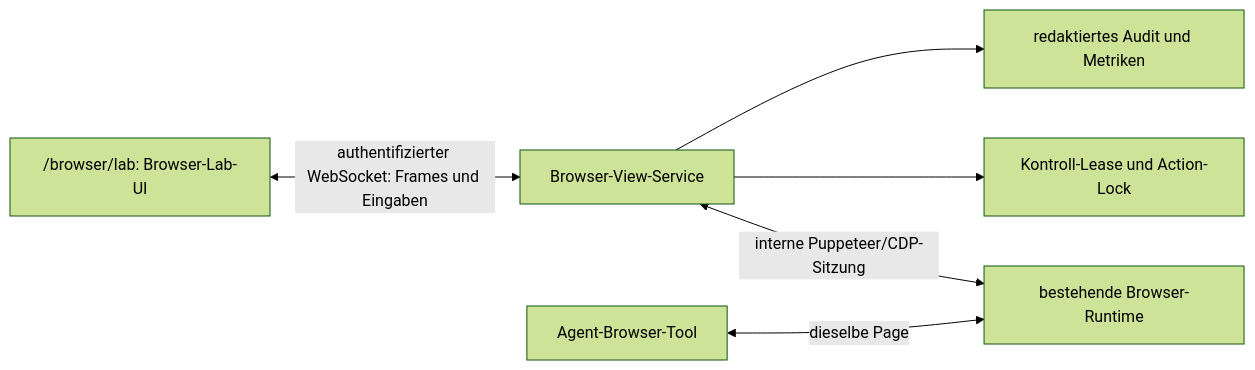
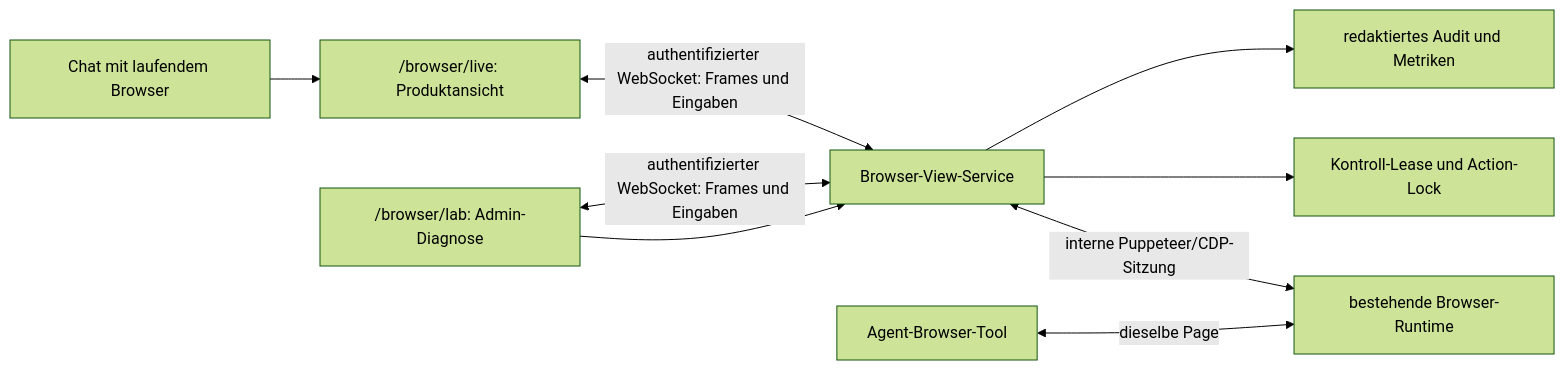
One commit to canvascoding/canvas-notebook changed the diagram in docs/browser-lab-and-live-browser-plan.md. Above: the diagram before and after it, drawn with Mermaid (forest theme). The commit also changed other lines of this file, not shown here.

Commit message:
Document live browser workflow

````diff
--- a/docs/browser-lab-and-live-browser-plan.md
+++ b/docs/browser-lab-and-live-browser-plan.md
@@ -118,8 +118,11 @@
 ```mermaid
 flowchart LR
-  UI["/browser/lab: Browser-Lab-UI"] <-->|"authentifizierter WebSocket: Frames und Eingaben"| View["Browser-View-Service"]
+  Chat["Chat mit laufendem Browser"] --> Live["/browser/live: Produktansicht"]
+  Lab["/browser/lab: Admin-Diagnose"] --> View["Browser-View-Service"]
+  Live <-->|"authentifizierter WebSocket: Frames und Eingaben"| View
+  Lab <-->|"authentifizierter WebSocket: Frames und Eingaben"| View
   View <-->|"interne Puppeteer/CDP-Sitzung"| Runtime["bestehende Browser-Runtime"]
   Agent["Agent-Browser-Tool"] <-->|"dieselbe Page"| Runtime
   View --> Lock["Kontroll-Lease und Action-Lock"]
   View --> Audit["redaktiertes Audit und Metriken"]
 ```
````
